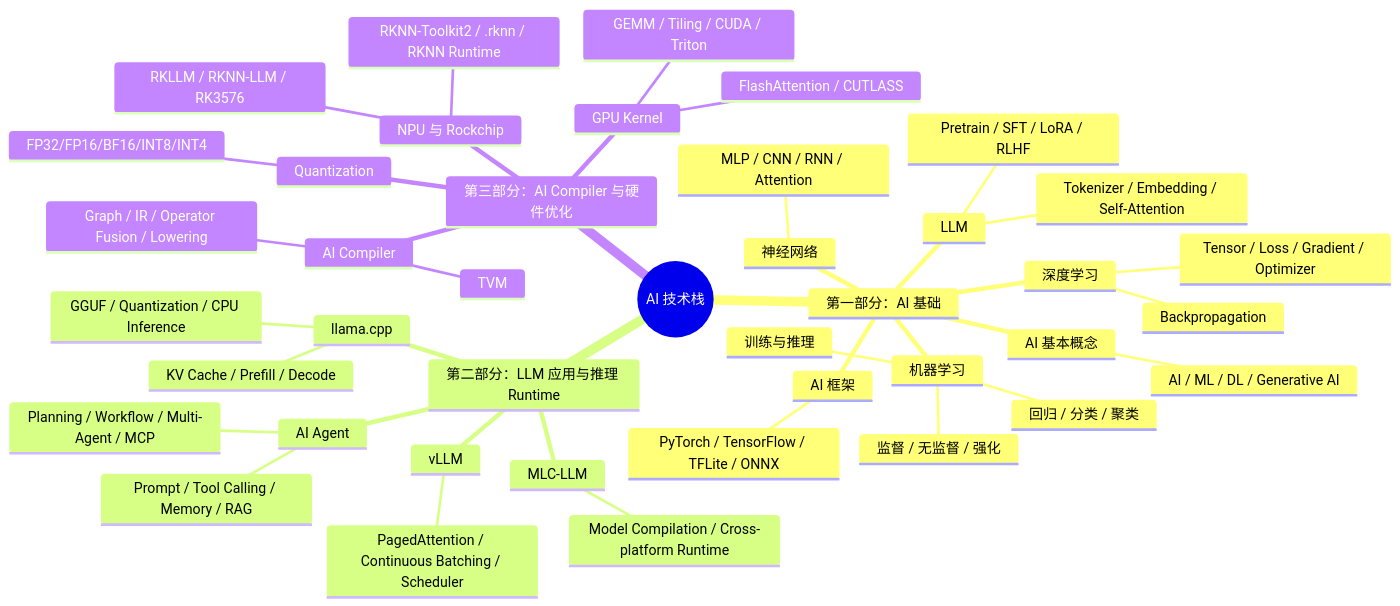
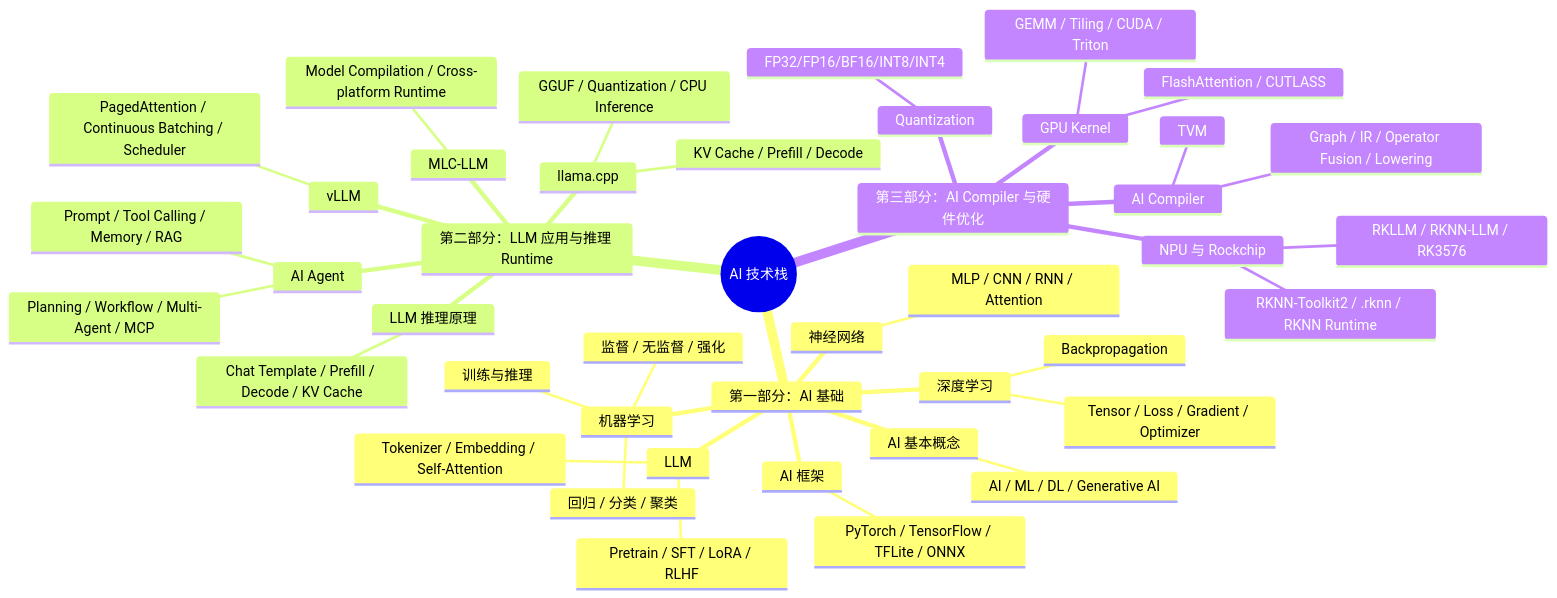
Before and after one commit to yunxiao11xie/ai-to-edge-deployment: the first of 2 diagrams in 从AI基础到端侧部署优化/AI学习路线图_v0.2.md, drawn with Mermaid. The commit also changed other lines of this file and 13 other files, not shown here.

````diff
--- a/从AI基础到端侧部署优化/AI学习路线图_v0.2.md
+++ b/从AI基础到端侧部署优化/AI学习路线图_v0.2.md
@@ -41,44 +41,46 @@
 ```mermaid
 mindmap
   root((AI 技术栈))
     第一部分：AI 基础
       AI 基本概念
         AI / ML / DL / Generative AI
       机器学习
         监督 / 无监督 / 强化
         回归 / 分类 / 聚类
         训练与推理
       深度学习
         Tensor / Loss / Gradient / Optimizer
         Backpropagation
       神经网络
         MLP / CNN / RNN / Attention
+      AI 框架
+        PyTorch / TensorFlow / TFLite / ONNX
       LLM
         Tokenizer / Embedding / Self-Attention
         Pretrain / SFT / LoRA / RLHF
-      AI 框架
-        PyTorch / TensorFlow / TFLite / ONNX
     第二部分：LLM 应用与推理 Runtime
+      LLM 推理原理
+        Chat Template / Prefill / Decode / KV Cache
       AI Agent
         Prompt / Tool Calling / Memory / RAG
         Planning / Workflow / Multi-Agent / MCP
       llama.cpp
         GGUF / Quantization / CPU Inference
         KV Cache / Prefill / Decode
       vLLM
         PagedAttention / Continuous Batching / Scheduler
       MLC-LLM
         Model Compilation / Cross-platform Runtime
     第三部分：AI Compiler 与硬件优化
       AI Compiler
         Graph / IR / Operator Fusion / Lowering
         TVM
       GPU Kernel
         GEMM / Tiling / CUDA / Triton
         FlashAttention / CUTLASS
       Quantization
         FP32/FP16/BF16/INT8/INT4
       NPU 与 Rockchip
         RKNN-Toolkit2 / .rknn / RKNN Runtime
         RKLLM / RKNN-LLM / RK3576
 ```
````
